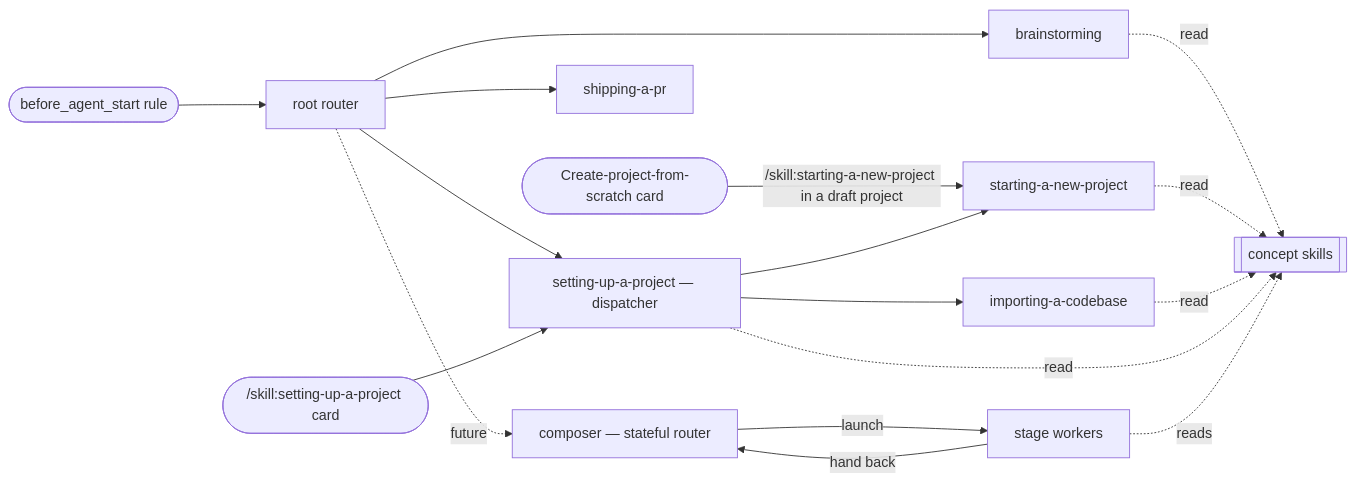
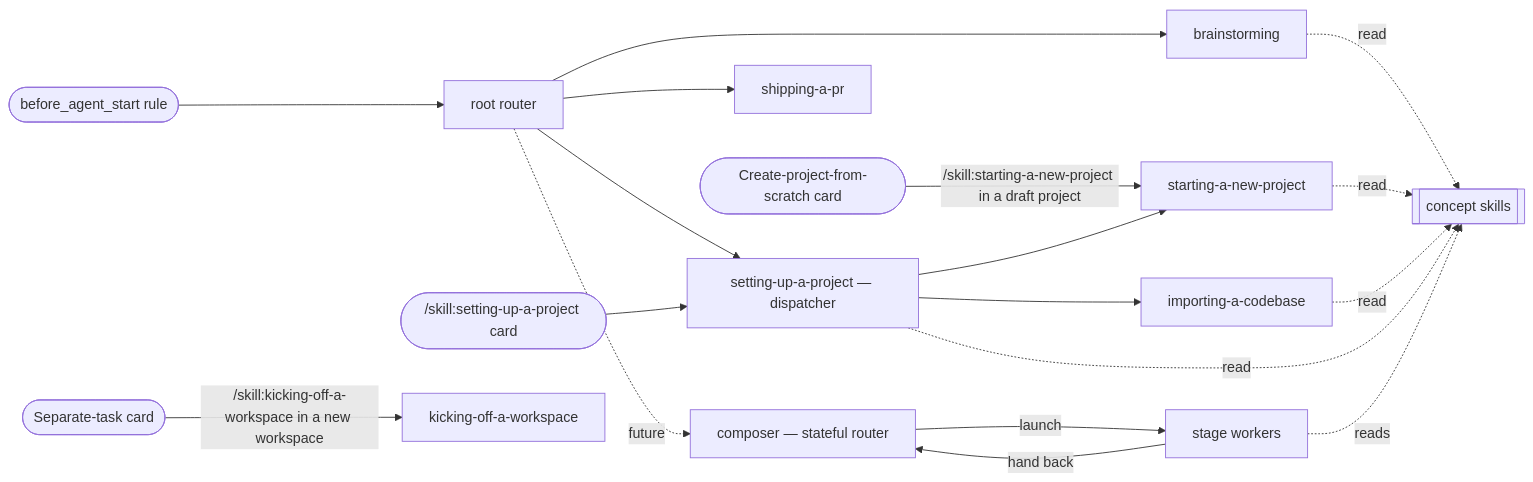
The diagram in packages/pi-thinkrail-workflow/skills/SPEC.md (JetBrains/thinkrail), drawn with Mermaid before and after one commit. The commit also changed other lines of this file and 2 other files, not shown here.

First line of the commit message:
feat(workflow): post-creation next-step branch + kicking-off-a-workspace skill

````diff
--- a/packages/pi-thinkrail-workflow/skills/SPEC.md
+++ b/packages/pi-thinkrail-workflow/skills/SPEC.md
@@ -75,16 +75,17 @@
 ```mermaid
 flowchart LR
   rule([before_agent_start rule]) --> router[root router]
   router --> ps[setting-up-a-project — dispatcher]
   router --> bs[brainstorming]
   router --> ship[shipping-a-pr]
   card(["/skill:setting-up-a-project card"]) --> ps
   createcard(["Create-project-from-scratch card"]) -->|/skill:starting-a-new-project in a draft project| pn
+  sepcard(["Separate-task card"]) -->|/skill:kicking-off-a-workspace in a new workspace| kw[kicking-off-a-workspace]
   ps --> pn[starting-a-new-project]
   ps --> pim[importing-a-codebase]
   router -. future .-> comp[composer — stateful router]
   comp -->|launch| st[stage workers]
   st -->|hand back| comp
   bs & pn & pim & ps -. read .-> con[[concept skills]]
   st -. reads .-> con
 ```
````
